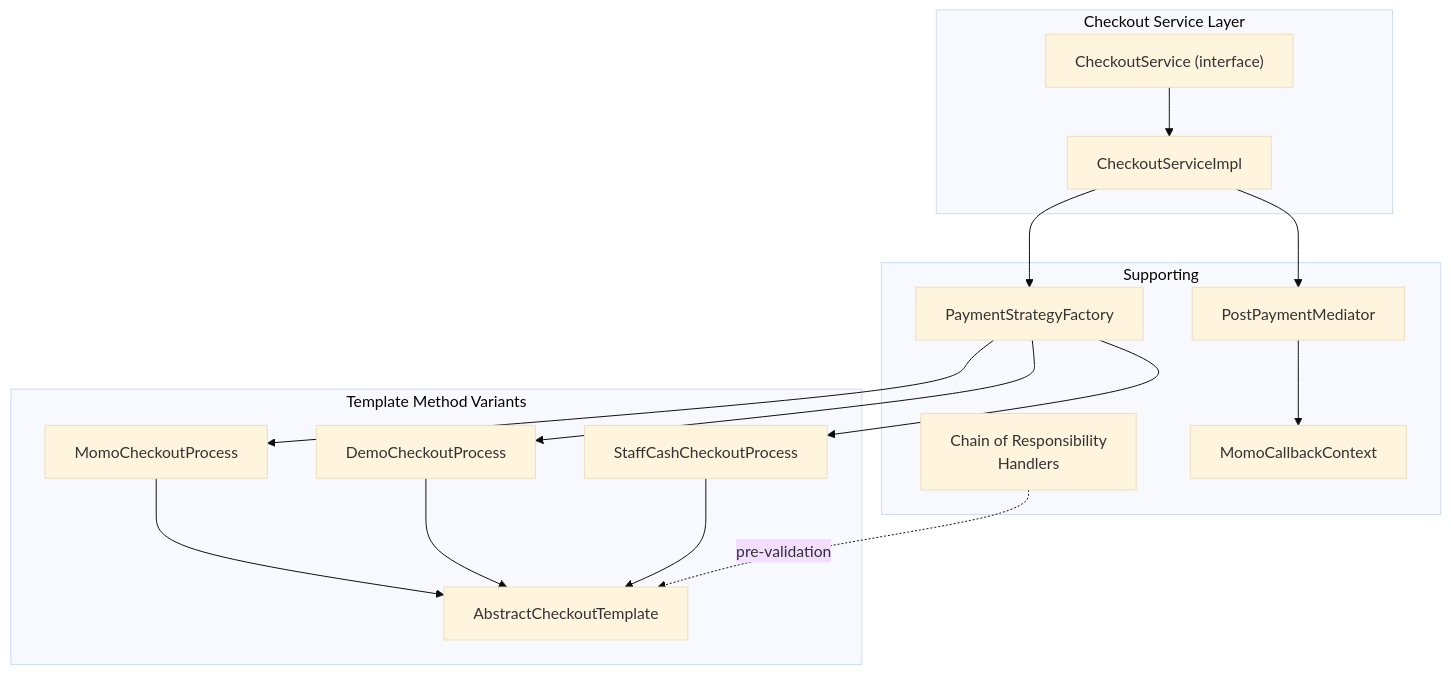
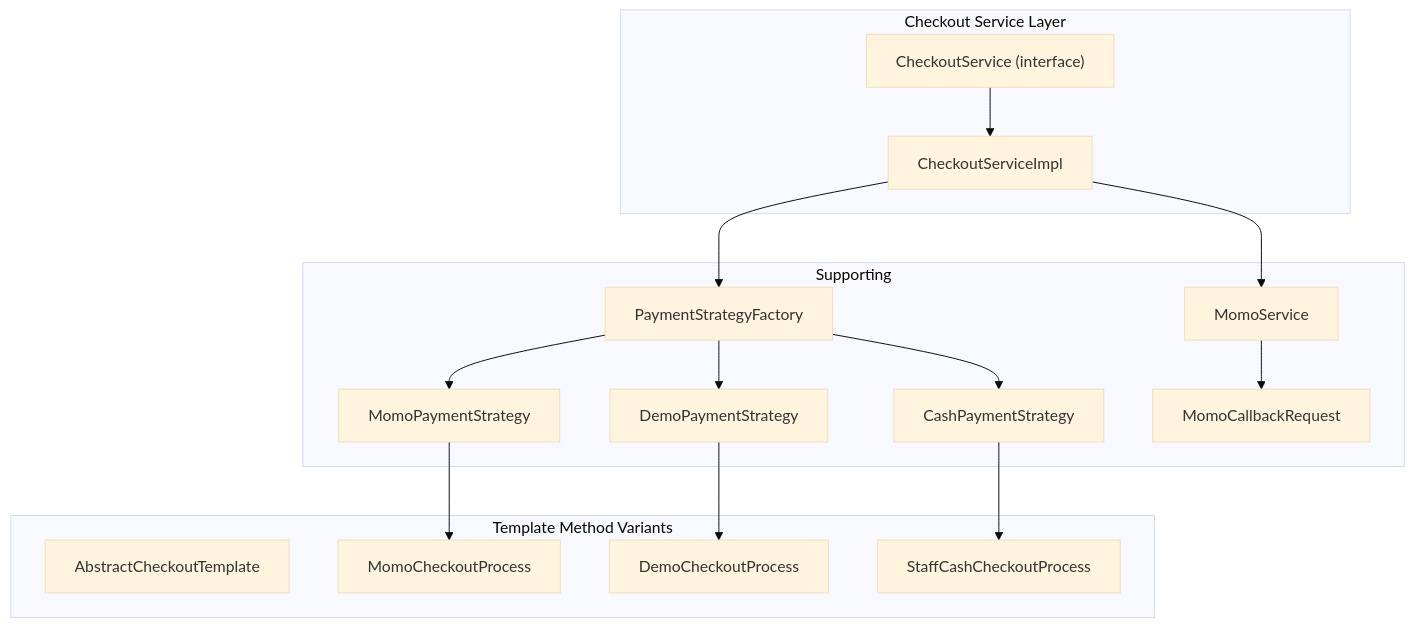
The first of 9 diagrams in .qoder/repowiki/en/content/Backend Development/Service Layer Implementation/Core Business Services/Checkout Service.md (anhtudayne/Design_Pattern), drawn with Mermaid (base theme) before and after one commit. The commit also changed other lines of this file and 10 other files, not shown here.

````diff
--- a/.qoder/repowiki/en/content/Backend Development/Service Layer Implementation/Core Business Services/Checkout Service.md
+++ b/.qoder/repowiki/en/content/Backend Development/Service Layer Implementation/Core Business Services/Checkout Service.md
@@ -46,30 +55,31 @@
 ```mermaid
 graph TB
 subgraph "Checkout Service Layer"
 CS["CheckoutServiceImpl"]
 IF["CheckoutService (interface)"]
 end
 subgraph "Template Method Variants"
 AB["AbstractCheckoutTemplate"]
 MM["MomoCheckoutProcess"]
 DM["DemoCheckoutProcess"]
 SC["StaffCashCheckoutProcess"]
 end
 subgraph "Supporting"
 PSF["PaymentStrategyFactory"]
-CO["Chain of Responsibility<br/>Handlers"]
-MED["PostPaymentMediator"]
-MCC["MomoCallbackContext"]
+CASH["CashPaymentStrategy"]
+DEMO["DemoPaymentStrategy"]
+MOMO["MomoPaymentStrategy"]
+MS["MomoService"]
+CB["MomoCallbackRequest"]
 end
 IF --> CS
 CS --> PSF
-PSF --> MM
-PSF --> DM
-PSF --> SC
-MM --> AB
-DM --> AB
-SC --> AB
-CS --> MED
-MED --> MCC
-CO -. pre-validation .-> AB
+PSF --> CASH
+PSF --> DEMO
+PSF --> MOMO
+CASH --> SC
+DEMO --> DM
+MOMO --> MM
+CS --> MS
+MS --> CB
 ```
````
